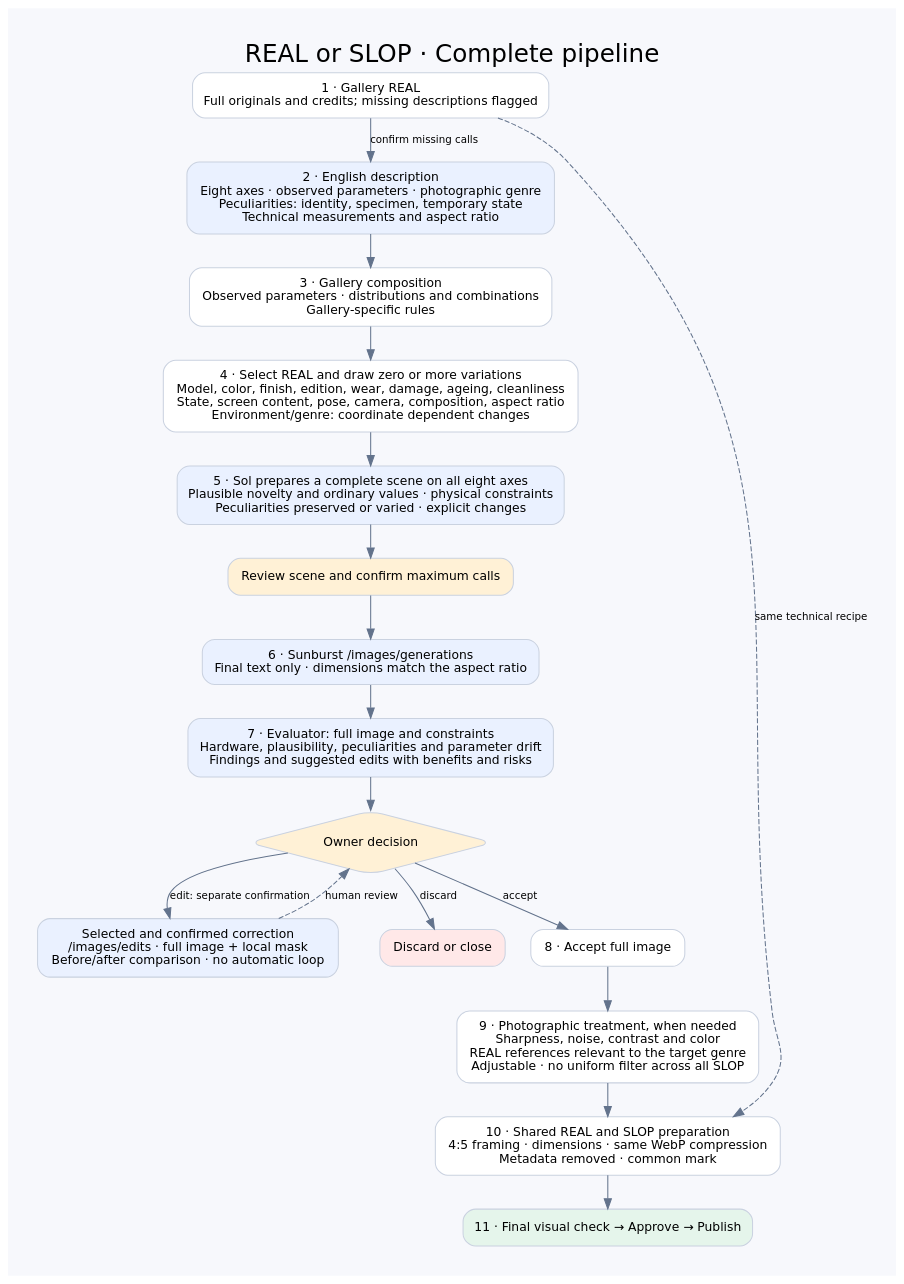
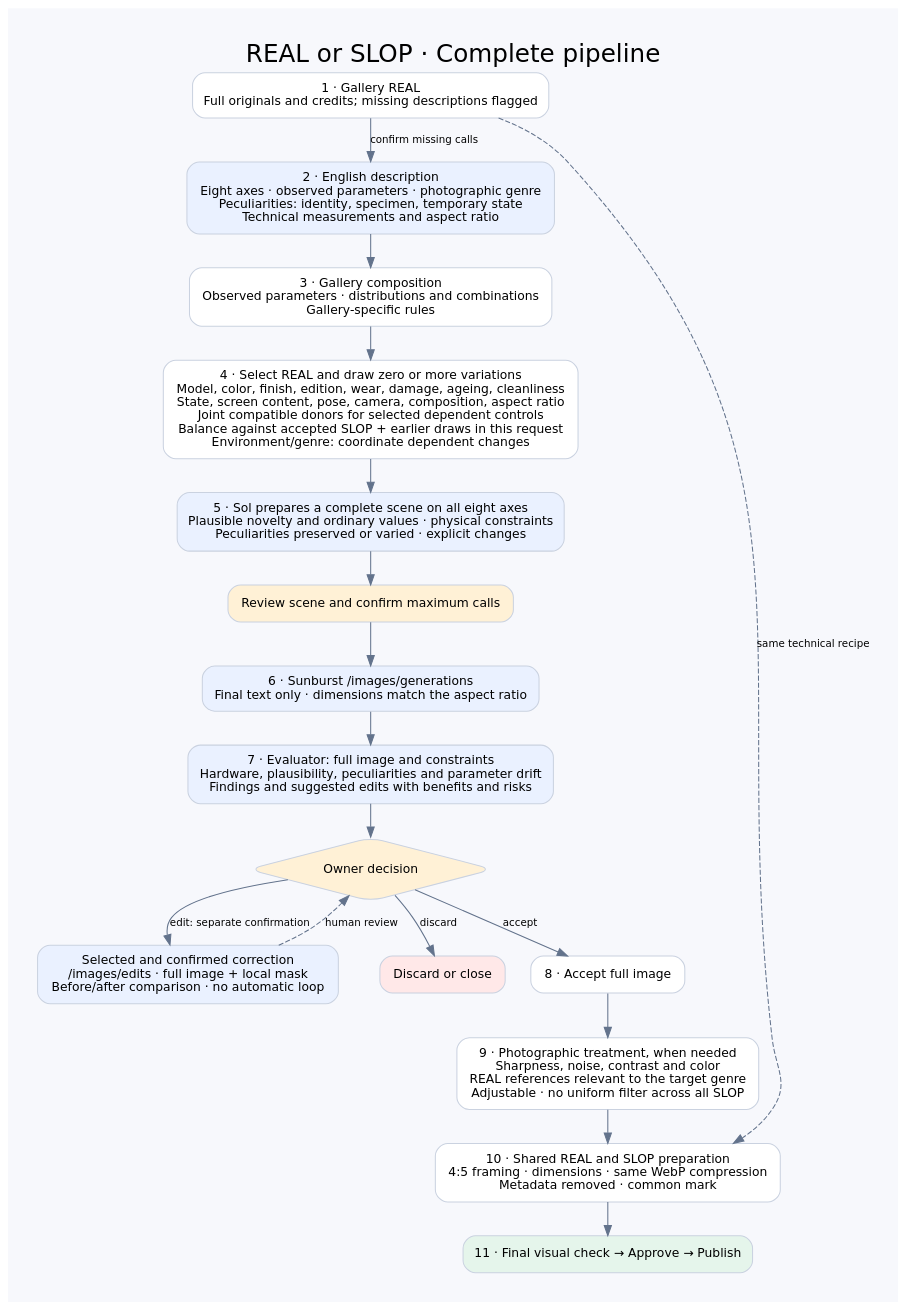
The diagram in docs/assets/pipeline-slop.dot (rickymusu-bit/real-or-slop), drawn with Graphviz before and after one commit. The commit also changed 12 other files, not shown here.

Commit message:
Draw coherent SLOP parameter groups and balance successive scenes

```diff
--- a/docs/assets/pipeline-slop.dot
+++ b/docs/assets/pipeline-slop.dot
@@ -1,24 +1,24 @@
 digraph pipeline {
  graph [rankdir=TB,bgcolor="#f7f8fc",pad="0.4",nodesep="0.35",ranksep="0.45",fontname="DejaVu Sans",label="REAL or SLOP · Complete pipeline",labelloc=t,fontsize=24];
  node [shape=box,style="rounded,filled",fillcolor=white,color="#cad2e0",fontname="DejaVu Sans",fontsize=12,margin="0.18,0.12"];
  edge [color="#63738c",fontname="DejaVu Sans",fontsize=10];
  real [label="1 · Gallery REAL\nFull originals and credits; missing descriptions flagged"];
  describe [label="2 · English description\nEight axes · observed parameters · photographic genre\nPeculiarities: identity, specimen, temporary state\nTechnical measurements and aspect ratio",fillcolor="#eaf1ff"];
  composition [label="3 · Gallery composition\nObserved parameters · distributions and combinations\nGallery-specific rules"];
- draw [label="4 · Select REAL and draw zero or more variations\nModel, color, finish, edition, wear, damage, ageing, cleanliness\nState, screen content, pose, camera, composition, aspect ratio\nEnvironment/genre: coordinate dependent changes"];
+ draw [label="4 · Select REAL and draw zero or more variations\nModel, color, finish, edition, wear, damage, ageing, cleanliness\nState, screen content, pose, camera, composition, aspect ratio\nJoint compatible donors for selected dependent controls\nBalance against accepted SLOP + earlier draws in this request\nEnvironment/genre: coordinate dependent changes"];
  scene [label="5 · Sol prepares a complete scene on all eight axes\nPlausible novelty and ordinary values · physical constraints\nPeculiarities preserved or varied · explicit changes",fillcolor="#eaf1ff"];
  confirm [label="Review scene and confirm maximum calls",fillcolor="#fff1d6"];
  generate [label="6 · Sunburst /images/generations\nFinal text only · dimensions match the aspect ratio",fillcolor="#eaf1ff"];
  evaluate [label="7 · Evaluator: full image and constraints\nHardware, plausibility, peculiarities and parameter drift\nFindings and suggested edits with benefits and risks",fillcolor="#eaf1ff"];
  decision [shape=diamond,label="Owner decision",fillcolor="#fff1d6"];
  edit [label="Selected and confirmed correction\n/images/edits · full image + local mask\nBefore/after comparison · no automatic loop",fillcolor="#eaf1ff"];
  discard [label="Discard or close",fillcolor="#ffe8e8"];
  accept [label="8 · Accept full image"];
  treatment [label="9 · Photographic treatment, when needed\nSharpness, noise, contrast and color\nREAL references relevant to the target genre\nAdjustable · no uniform filter across all SLOP"];
  copy [label="10 · Shared REAL and SLOP preparation\n4:5 framing · dimensions · same WebP compression\nMetadata removed · common mark"];
  publish [label="11 · Final visual check → Approve → Publish",fillcolor="#e5f5eb"];
  real -> describe [label="confirm missing calls"]; describe -> composition -> draw -> scene -> confirm -> generate -> evaluate -> decision;
  decision -> edit [label="edit: separate confirmation"];edit -> decision [style=dashed,label="human review"];
  decision -> discard [label="discard"];decision -> accept [label="accept"];accept -> treatment -> copy -> publish;
  real -> copy [style=dashed,label="same technical recipe",constraint=false];
 }
```
